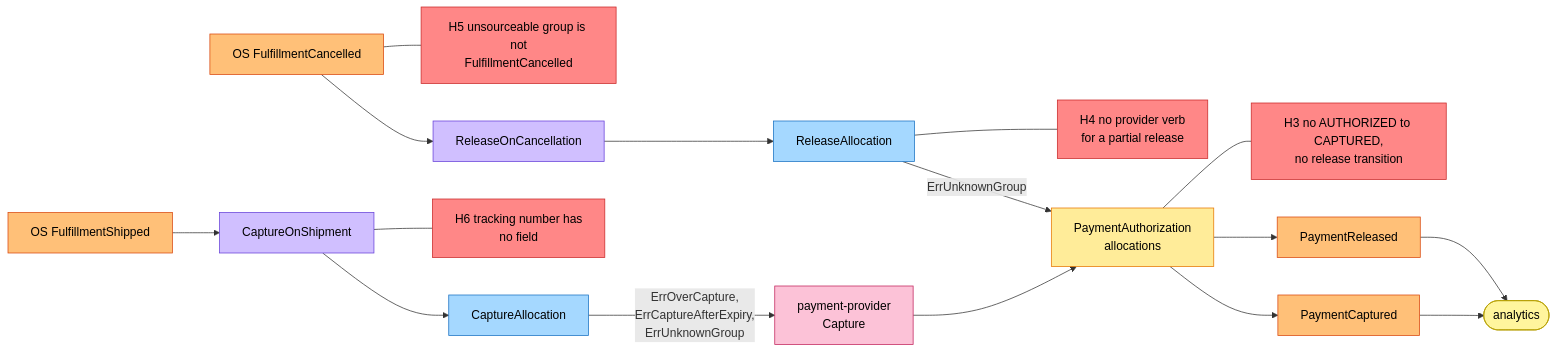
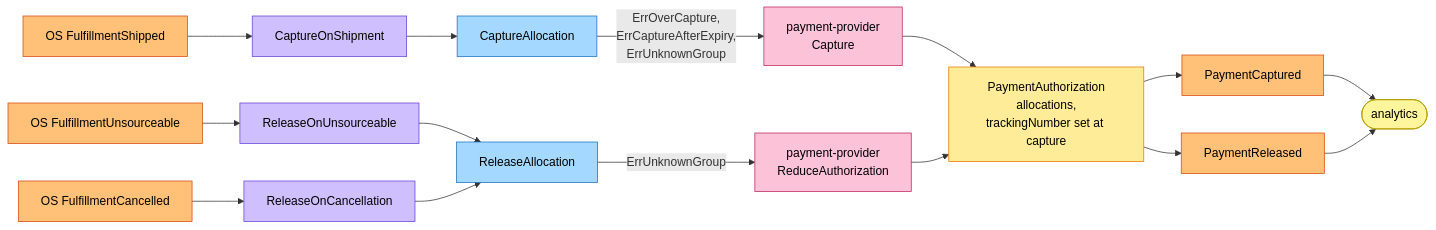
Before and after one commit to IQVO/warehouse-docs: the third of 5 diagrams in storefront/docs/contexts/customer-payments/eventstorming.md, drawn with Mermaid. The commit also changed other lines of this file and 11 other files, not shown here.

````diff
--- a/storefront/docs/contexts/customer-payments/eventstorming.md
+++ b/storefront/docs/contexts/customer-payments/eventstorming.md
@@ -129,42 +125,39 @@
 ```mermaid
 flowchart LR
     OS["OS FulfillmentShipped"]:::event
     OC["OS FulfillmentCancelled"]:::event
+    OU["OS FulfillmentUnsourceable"]:::event
     P3["CaptureOnShipment"]:::policy
     P4["ReleaseOnCancellation"]:::policy
+    P4B["ReleaseOnUnsourceable"]:::policy
     C3["CaptureAllocation"]:::command
     C4["ReleaseAllocation"]:::command
     PSP["payment-provider<br/>Capture"]:::external
-    G1["PaymentAuthorization<br/>allocations"]:::aggregate
+    PSR["payment-provider<br/>ReduceAuthorization"]:::external
+    G1["PaymentAuthorization<br/>allocations,<br/>trackingNumber set at capture"]:::aggregate
     E5["PaymentCaptured"]:::event
     E6["PaymentReleased"]:::event
     AN([analytics]):::actor
-    H3["H3 no AUTHORIZED to CAPTURED,<br/>no release transition"]:::hotspot
-    H4["H4 no provider verb<br/>for a partial release"]:::hotspot
-    H5["H5 unsourceable group is not<br/>FulfillmentCancelled"]:::hotspot
-    H6["H6 tracking number has<br/>no field"]:::hotspot
 
     OS --> P3
     OC --> P4
+    OU --> P4B
+    P4B --> C4
     P3 --> C3
     P4 --> C4
     C3 -->|ErrOverCapture,<br/>ErrCaptureAfterExpiry,<br/>ErrUnknownGroup| PSP
     PSP --> G1
-    C4 -->|ErrUnknownGroup| G1
+    C4 -->|ErrUnknownGroup| PSR
+    PSR --> G1
     G1 --> E5
     G1 --> E6
     E5 --> AN
     E6 --> AN
-    G1 --- H3
-    C4 --- H4
-    OC --- H5
-    P3 --- H6
 
     classDef actor fill:#fff59d,stroke:#b59f00,color:#000
     classDef command fill:#a5d8ff,stroke:#1971c2,color:#000
     classDef aggregate fill:#ffec99,stroke:#e67700,color:#000
     classDef event fill:#ffc078,stroke:#d9480f,color:#000
     classDef policy fill:#d0bfff,stroke:#6741d9,color:#000
     classDef external fill:#fcc2d7,stroke:#c2255c,color:#000
-    classDef hotspot fill:#ff8787,stroke:#c92a2a,color:#000
 ```
````
